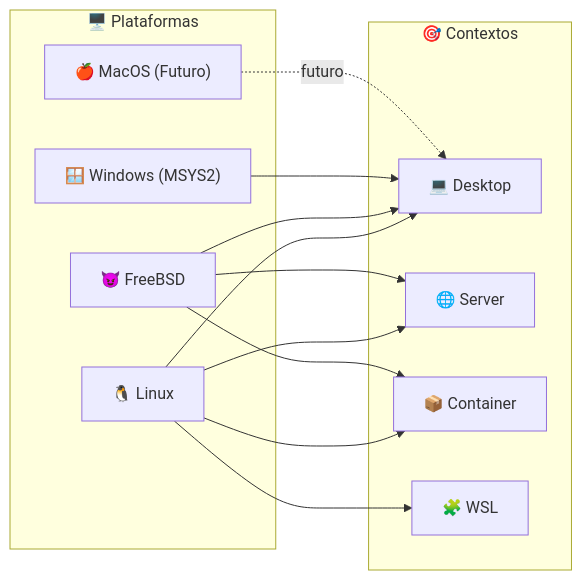
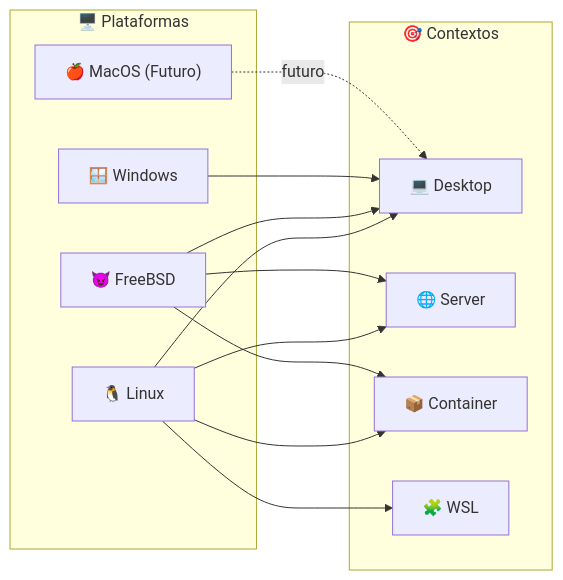
The first of 3 diagrams in README.md (GabrielFrigo4/shell), drawn with Mermaid before and after one commit. The commit also changed other lines of this file and 1 other file, not shown here.

````diff
--- a/README.md
+++ b/README.md
@@ -19,29 +19,29 @@
 ```mermaid
 flowchart LR
     subgraph OS ["🖥️ Plataformas"]
         LNX["🐧 Linux"]
         BSD["😈 FreeBSD"]
-        WIN["🪟 Windows (MSYS2)"]
+        WIN["🪟 Windows"]
         MAC["🍎 MacOS (Futuro)"]
     end
 
     subgraph CTX ["🎯 Contextos"]
         DSK["💻 Desktop"]
         SRV["🌐 Server"]
         CNT["📦 Container"]
         WSL["🧩 WSL"]
     end
 
     LNX --> DSK
     LNX --> SRV
     LNX --> CNT
     LNX --> WSL
 
     BSD --> DSK
     BSD --> SRV
     BSD --> CNT
 
     WIN --> DSK
 
     MAC -.->|futuro| DSK
 ```
````
